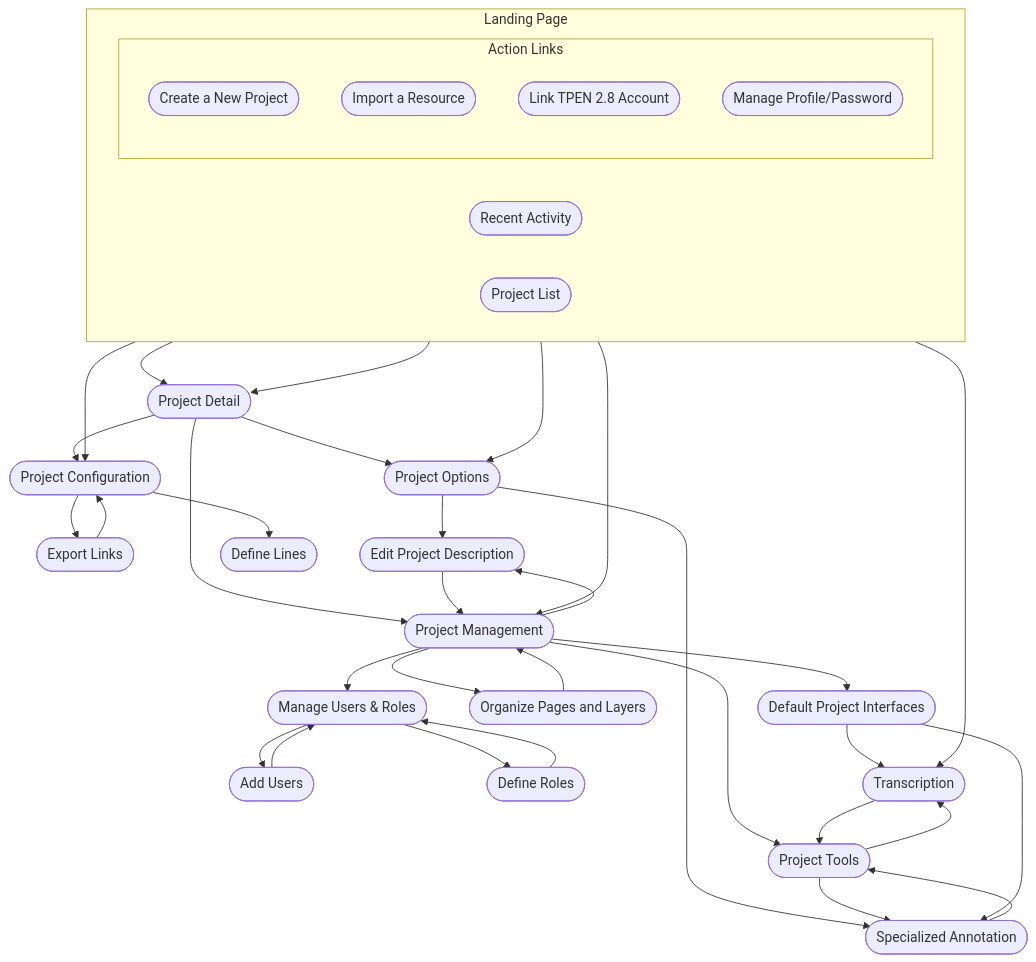
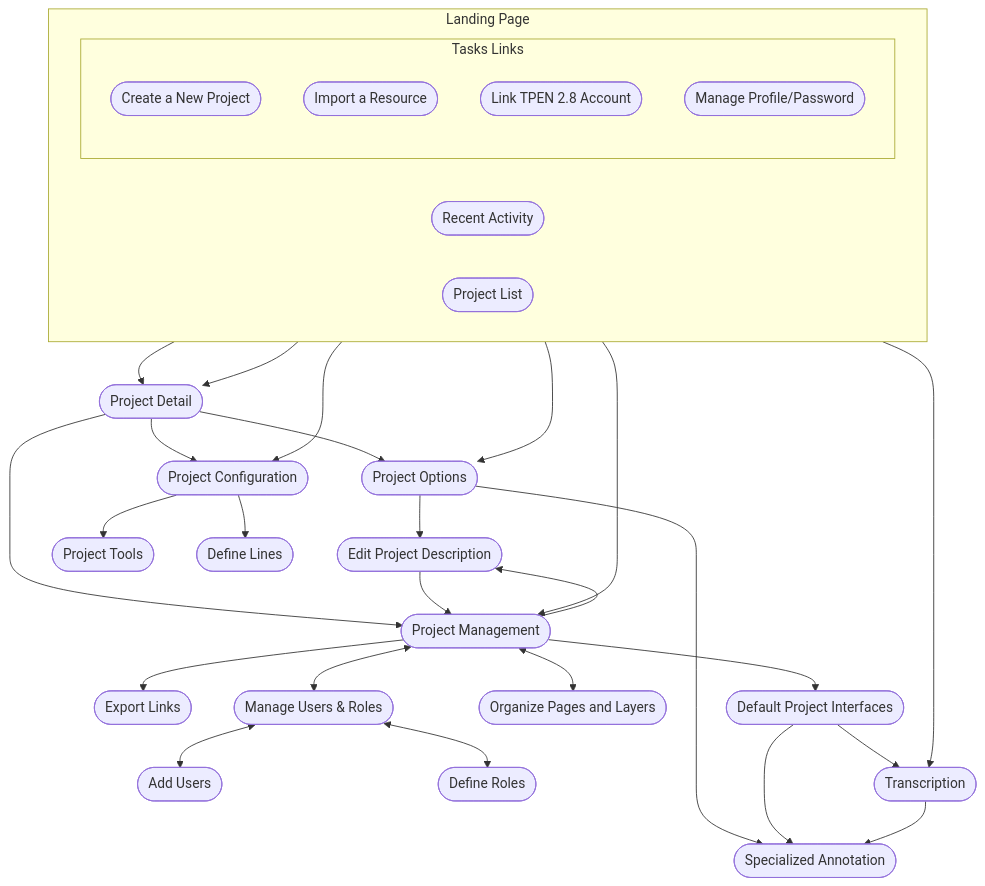
One commit to CenterForDigitalHumanities/TPEN3 changed the diagram in core-workflow-mermaid.md. Above: the diagram before and after it, drawn with Mermaid.

Commit message:
sorting project items

````diff
--- a/core-workflow-mermaid.md
+++ b/core-workflow-mermaid.md
@@ -12,70 +12,62 @@
 ```mermaid
 flowchart TD
     LandingPage([Landing Page])
     Recents([Recent Activity])
     List([Project List])
     Detail([Project Detail])
     ExportLink([Export Links])
     EditDesc([Edit Project Description])
     Config([Project Configuration])
     Options([Project Options])
     Tools([Project Tools])
     Interfaces([Default Project Interfaces])
     Management([Project Management])
     PageLayers([Organize Pages and Layers])
     ManageUsers([Manage Users & Roles])
     AddUsers([Add Users])
     DefineRoles([Define Roles])
     Transcribe([Transcription])
     DefineLines([Define Lines])
     Annotate([Specialized Annotation])
     NewProject([Create a New Project])
     ImportResource([Import a Resource])
     LinkAccount([Link TPEN 2.8 Account])
     ManageProfile([Manage Profile/Password])
 
-
     subgraph LandingPage[Landing Page]
         direction LR
         Recents
         List
-        subgraph ActionLinks[ Action Links ]
+        subgraph ActionLinks[ Tasks Links ]
             direction TB
             NewProject
             ImportResource
             LinkAccount
             ManageProfile
         end
     end
     Recents --> Transcribe
     Recents --> Detail
     List --> Detail
     List --> Management
     List --> Config
     List --> Options
     Detail --> Config
     Detail --> Options
     Detail --> Management
-    Management --> PageLayers
-    Management --> ManageUsers
-    Management --> Tools
+    Management <--> PageLayers
+    Management <--> ManageUsers
     Management --> Interfaces
     Management --> EditDesc
-    ManageUsers --> AddUsers
-    ManageUsers --> DefineRoles
+    ManageUsers <--> AddUsers
+    ManageUsers <--> DefineRoles
+    Config --> Tools
     Config --> DefineLines
-    Config --> ExportLink
+    Management --> ExportLink
     Options --> Annotate
     Options --> EditDesc
-    Tools --> Transcribe
-    Tools --> Annotate
     Interfaces --> Transcribe
     Interfaces --> Annotate
     EditDesc --> Management
-    PageLayers --> Management
-    AddUsers --> ManageUsers
-    DefineRoles --> ManageUsers
-    ExportLink --> Config
-    Transcribe --> Tools
-    Annotate --> Tools
+    Transcribe --> Annotate
 ```
````
